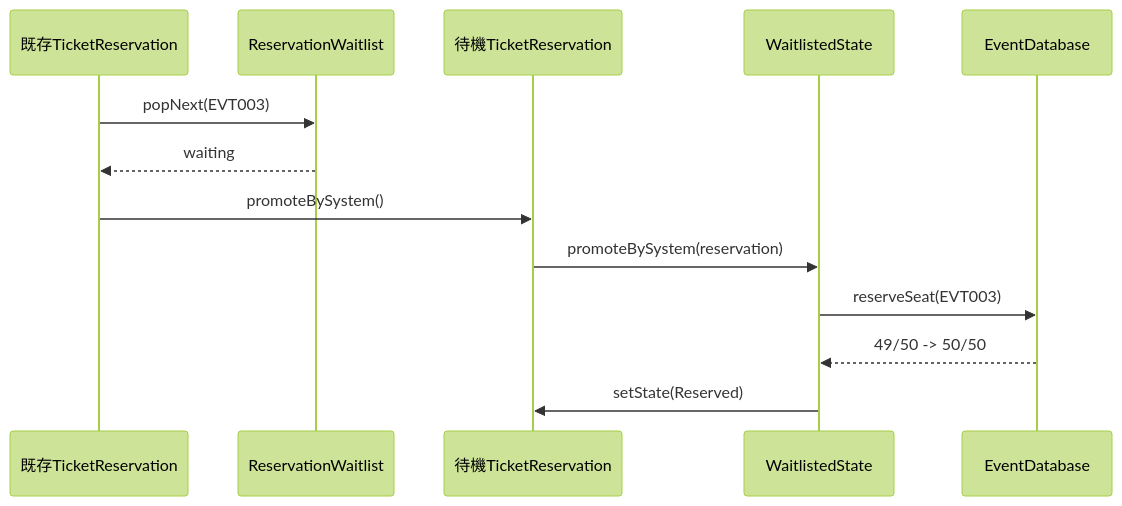
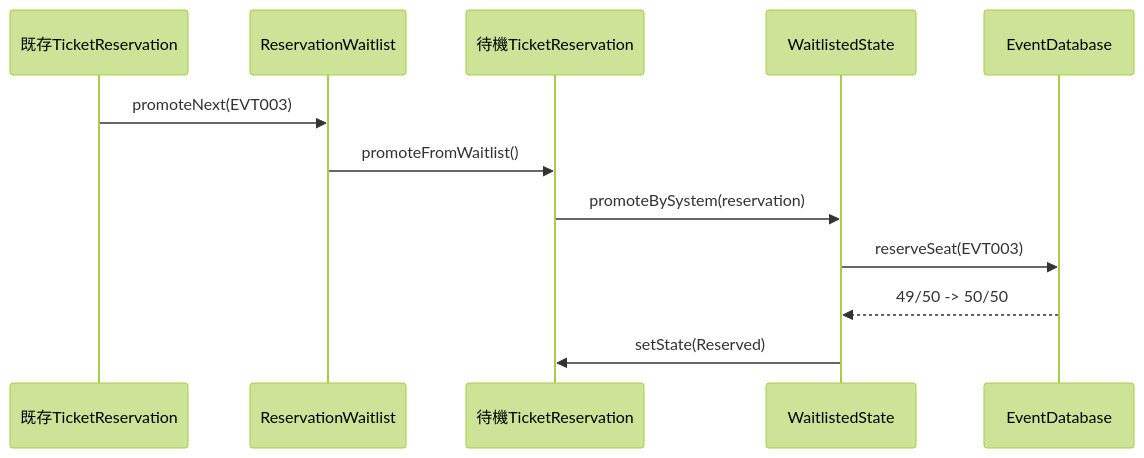
One commit to kumachan1101-pixel/DesignPattern changed diagram 21 of 24 in kindle/design-patterns/books/volume01-core-patterns/output/04-chapter02.md. Above: the diagram before and after it, drawn with Mermaid (forest theme). The commit also changed other lines of this file and 17 other files, not shown here.

````diff
--- a/kindle/design-patterns/books/volume01-core-patterns/output/04-chapter02.md
+++ b/kindle/design-patterns/books/volume01-core-patterns/output/04-chapter02.md
@@ -1872,16 +2041,15 @@
 ```mermaid
 sequenceDiagram
     participant C as 既存TicketReservation
     participant WQ as ReservationWaitlist
     participant W as 待機TicketReservation
     participant WS as WaitlistedState
     participant DB as EventDatabase
 
-    C->>WQ: popNext(EVT003)
-    WQ-->>C: waiting
-    C->>W: promoteBySystem()
+    C->>WQ: promoteNext(EVT003)
+    WQ->>W: promoteFromWaitlist()
     W->>WS: promoteBySystem(reservation)
     WS->>DB: reserveSeat(EVT003)
     DB-->>WS: 49/50 -> 50/50
     WS->>W: setState(Reserved)
 ```
````
